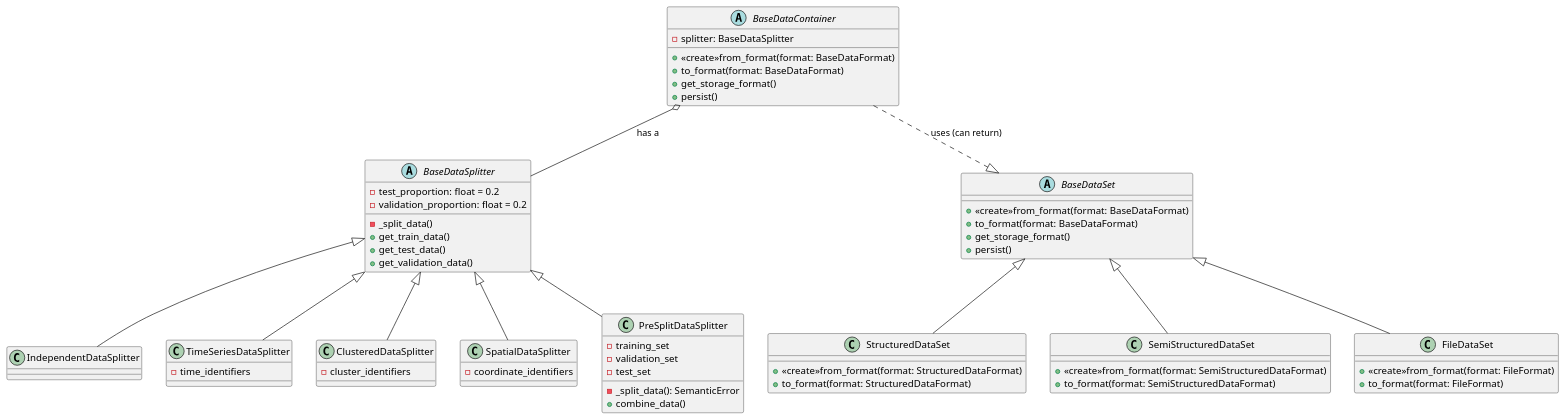
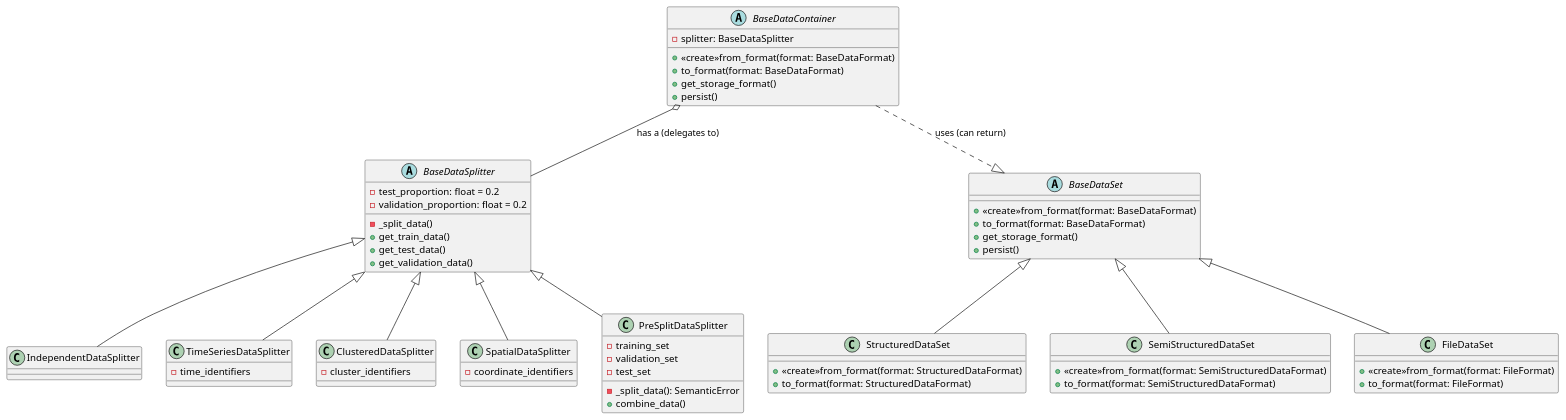
The diagram in docs/uml/data_container_implementation.puml (tloeber/ML-interfaces), drawn with PlantUML before and after one commit. The commit also changed 1 other file, not shown here.

```diff
--- a/docs/uml/data_container_implementation.puml
+++ b/docs/uml/data_container_implementation.puml
@@ -1,76 +1,76 @@
 @startuml
 
 
 abstract class BaseDataContainer {
   +<<create>>from_format(format: BaseDataFormat)
   +to_format(format: BaseDataFormat)
   +get_storage_format()
   +persist()
   - splitter: BaseDataSplitter
 }
 
 abstract class BaseDataSplitter {
   - test_proportion: float = 0.2
   - validation_proportion: float = 0.2
   - _split_data()
   + get_train_data()
   + get_test_data()
   + get_validation_data()
 }
 
 class IndependentDataSplitter
 class TimeSeriesDataSplitter {
   - time_identifiers
 }
 
 class ClusteredDataSplitter {
   - cluster_identifiers
 }
 
 class SpatialDataSplitter {
   - coordinate_identifiers
 }
 
 class PreSplitDataSplitter{
   - training_set
   - validation_set
   - test_set
   - _split_data(): SemanticError
   + combine_data()
 }
 
 BaseDataSplitter <|-- IndependentDataSplitter
 BaseDataSplitter <|-- TimeSeriesDataSplitter
 BaseDataSplitter <|-- ClusteredDataSplitter
 BaseDataSplitter <|-- SpatialDataSplitter
 BaseDataSplitter <|-- PreSplitDataSplitter
 
 abstract class BaseDataSet {
   +<<create>>from_format(format: BaseDataFormat)
   +to_format(format: BaseDataFormat)
   +get_storage_format()
   +persist()
 }
 
-BaseDataContainer o-- BaseDataSplitter : has a
+BaseDataContainer o-- BaseDataSplitter : has a (delegates to)
 BaseDataContainer ..|> BaseDataSet : uses (can return)
 
 class StructuredDataSet{
   +<<create>>from_format(format: StructuredDataFormat)
   +to_format(format: StructuredDataFormat)
 }
 
 class SemiStructuredDataSet{
   +<<create>>from_format(format: SemiStructuredDataFormat)
   +to_format(format: SemiStructuredDataFormat)
 }
 
 class FileDataSet {
   +<<create>>from_format(format: FileFormat)
   +to_format(format: FileFormat)
 }
 BaseDataSet <|-- StructuredDataSet
 BaseDataSet <|-- SemiStructuredDataSet
 BaseDataSet <|-- FileDataSet
 
 @enduml
```
